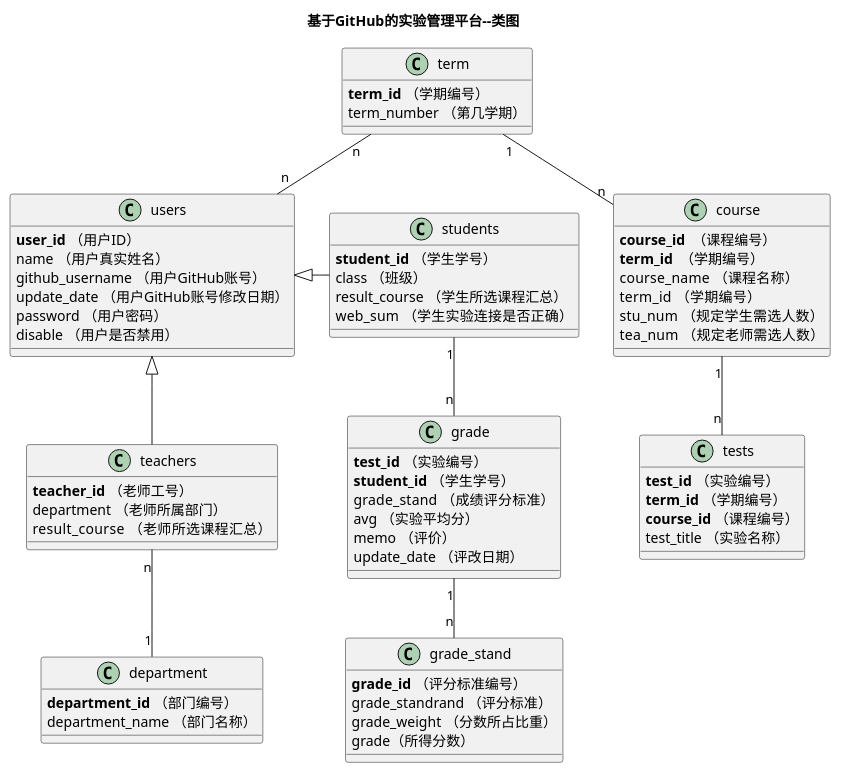
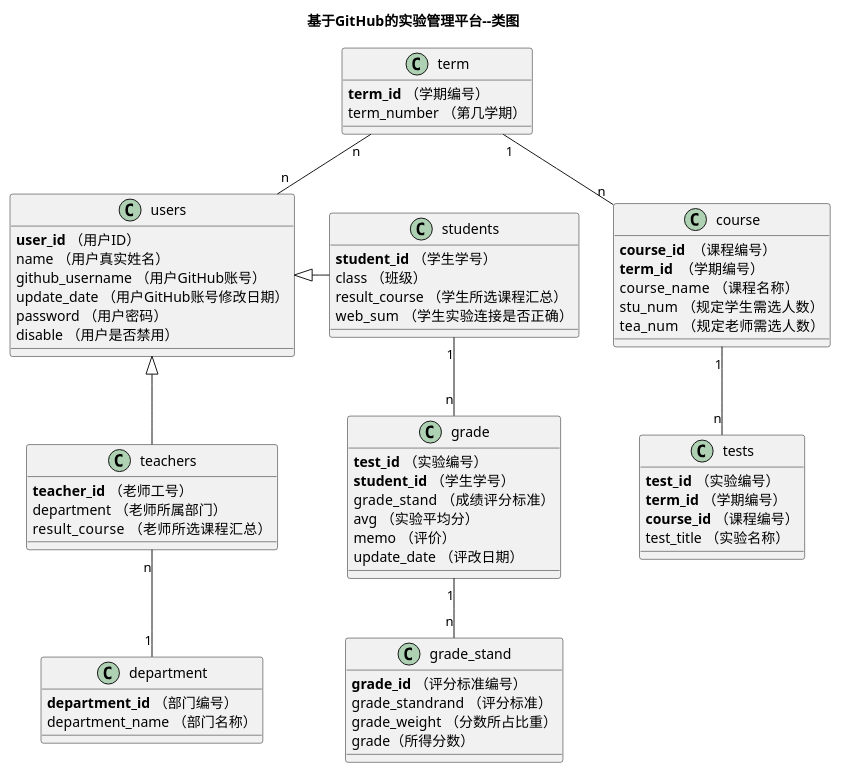
The diagram in test6/src/class.puml (201510414128/is_analysis-1), drawn with PlantUML before and after one commit.

```diff
--- a/test6/src/class.puml
+++ b/test6/src/class.puml
@@ -1,66 +1,65 @@
 @startuml
 title 基于GitHub的实验管理平台--类图
 class users {
     <b>user_id</b> （用户ID）
     name （用户真实姓名）
     github_username （用户GitHub账号）
     update_date （用户GitHub账号修改日期）
     password （用户密码）
     disable （用户是否禁用）
 }
 class teachers{
     <b>teacher_id</b> （老师工号）
     department （老师所属部门）
     result_course   （老师所选课程汇总）
 }
 class students{
     <b>student_id</b> （学生学号）
     class （班级）
     result_course （学生所选课程汇总）
     web_sum  （学生实验连接是否正确）
 }
 users <|- students
 users <|-- teachers
 class course{
     <b>course_id</b>  （课程编号）
     <b>term_id</b>  （学期编号）
     course_name  （课程名称）
-    term_id  （学期编号）
     stu_num  （规定学生需选人数）
     tea_num  （规定老师需选人数）
 }
 class tests {
     <b>test_id</b> （实验编号）
     <b>term_id</b> （学期编号）
     <b>course_id</b> （课程编号）
     test_title （实验名称）
 }
 class grade {
     <b>test_id</b> （实验编号）
     <b>student_id</b> （学生学号）
     grade_stand  （成绩评分标准）
     avg （实验平均分）
     memo （评价）
     update_date （评改日期）
 }
 class grade_stand{
     <b>grade_id</b> （评分标准编号）
     grade_standrand （评分标准）
     grade_weight （分数所占比重）
     grade（所得分数）
 }
 class term{
     <b>term_id</b> （学期编号）
     term_number （第几学期）
 }
 class department{
     <b>department_id</b> （部门编号）
     department_name （部门名称）
 }
 teachers "n" -- "1"  department
 students "1" -- "n"  grade
 grade "1" -- "n"  grade_stand
 term "1" -- "n"  course
 term "n" -- "n"  users
 course "1" -- "n"  tests
 @enduml
```
